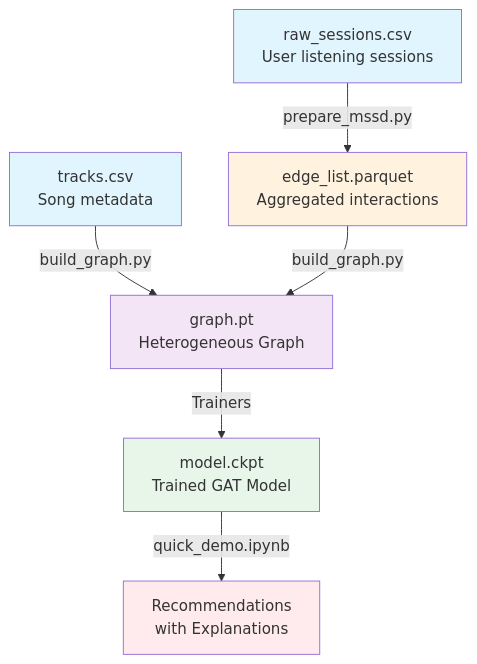
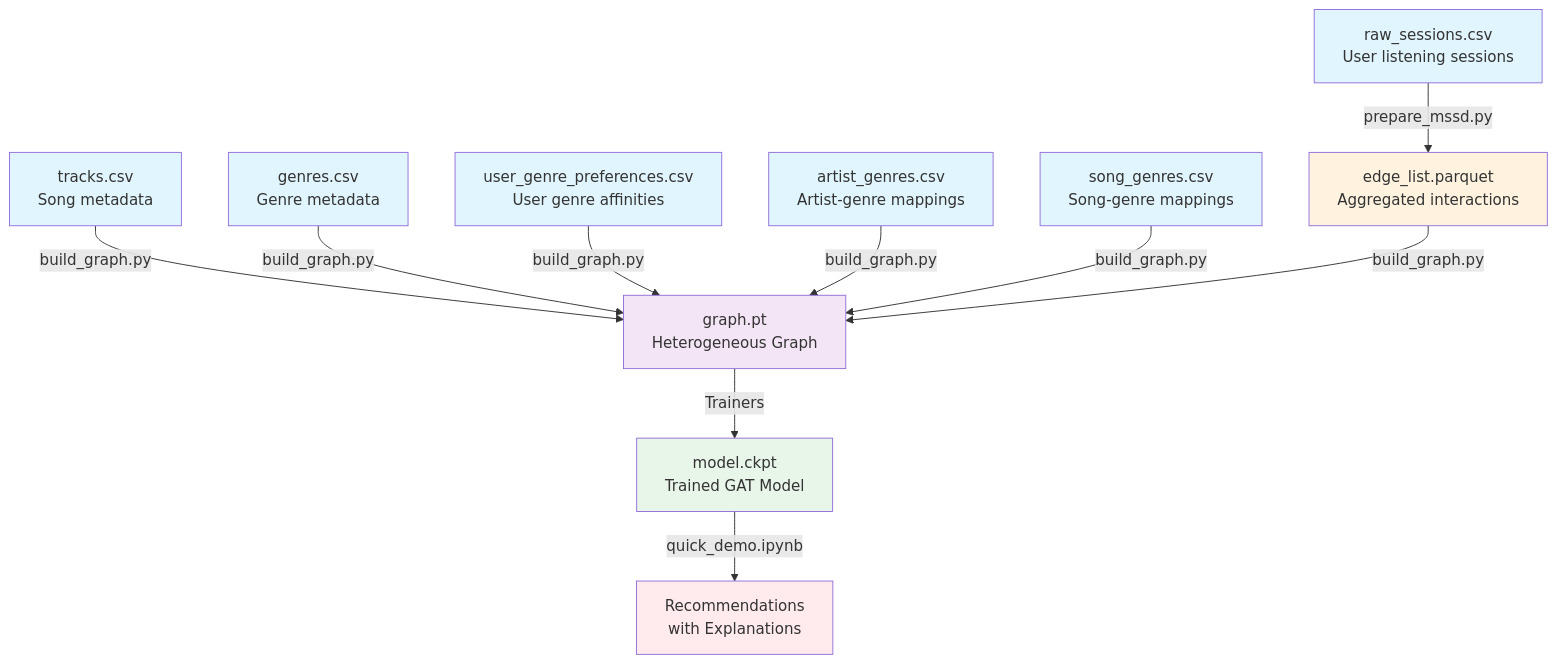
One commit to ytimocin/spotify-engine changed the diagram in docs/technical/architecture.md. Above: the diagram before and after it, drawn with Mermaid. The commit also changed other lines of this file and 3 other files, not shown here.

````diff
--- a/docs/technical/architecture.md
+++ b/docs/technical/architecture.md
@@ -9,15 +9,23 @@
 ```mermaid
 graph TD
     A[raw_sessions.csv<br/>User listening sessions] -->|prepare_mssd.py| B[edge_list.parquet<br/>Aggregated interactions]
     C[tracks.csv<br/>Song metadata] -->|build_graph.py| D[graph.pt<br/>Heterogeneous Graph]
+    G[genres.csv<br/>Genre metadata] -->|build_graph.py| D
+    H[user_genre_preferences.csv<br/>User genre affinities] -->|build_graph.py| D
+    I[artist_genres.csv<br/>Artist-genre mappings] -->|build_graph.py| D
+    J[song_genres.csv<br/>Song-genre mappings] -->|build_graph.py| D
     B -->|build_graph.py| D
     D -->|Trainers| E[model.ckpt<br/>Trained GAT Model]
     E -->|quick_demo.ipynb| F[Recommendations<br/>with Explanations]
     
     style A fill:#e1f5fe
     style C fill:#e1f5fe
+    style G fill:#e1f5fe
+    style H fill:#e1f5fe
+    style I fill:#e1f5fe
+    style J fill:#e1f5fe
     style B fill:#fff3e0
     style D fill:#f3e5f5
     style E fill:#e8f5e9
     style F fill:#ffebee
 ```
````
